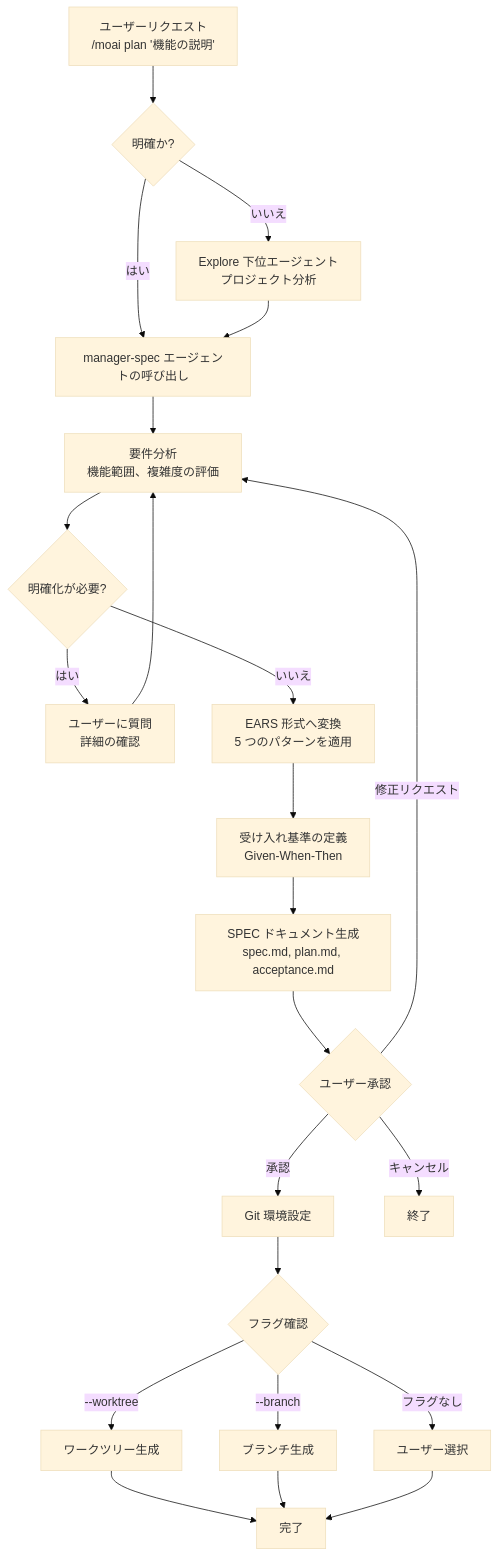
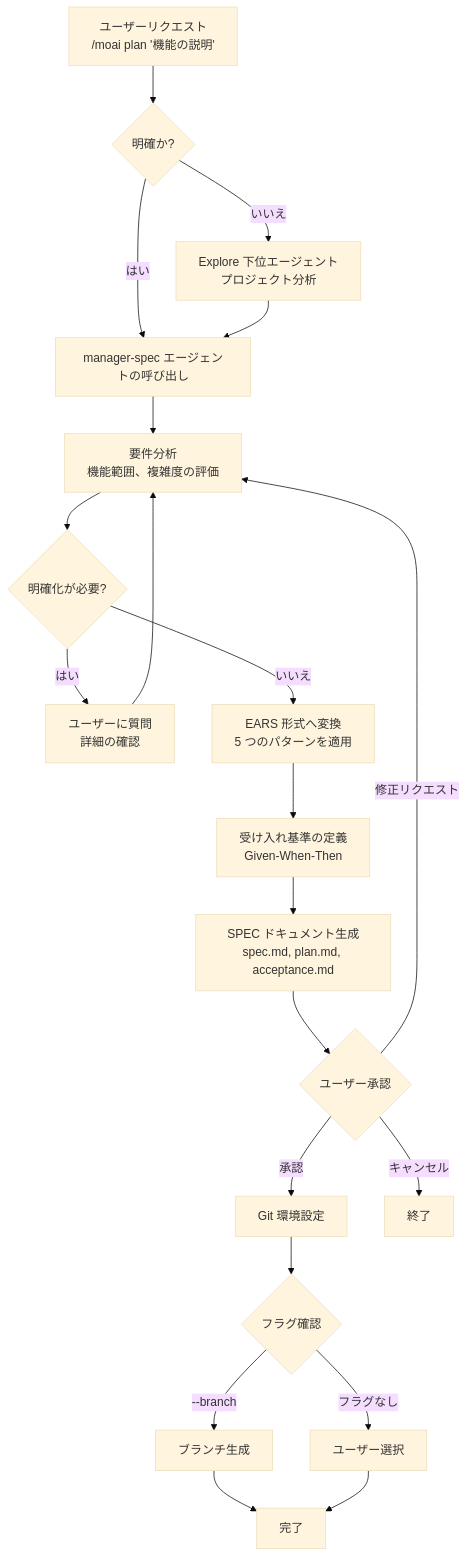
One commit to modu-ai/moai-adk changed the first of 2 diagrams in docs-site/content/ja/workflow-commands/moai-plan.md. Above: the diagram before and after it, drawn with Mermaid (base theme). The commit also changed other lines of this file and 10 other files, not shown here.

````diff
--- a/docs-site/content/ja/workflow-commands/moai-plan.md
+++ b/docs-site/content/ja/workflow-commands/moai-plan.md
@@ -117,25 +115,23 @@
 ```mermaid
 flowchart TD
     A["ユーザーリクエスト<br/>/moai plan '機能の説明'"] --> B{明確か?}
     B -->|いいえ| C["Explore 下位エージェント<br/>プロジェクト分析"]
     B -->|はい| D["manager-spec エージェントの呼び出し"]
     C --> D
     D --> E["要件分析<br/>機能範囲、複雑度の評価"]
     E --> F{"明確化が必要?"}
     F -->|はい| G["ユーザーに質問<br/>詳細の確認"]
     G --> E
     F -->|いいえ| H["EARS 形式へ変換<br/>5 つのパターンを適用"]
     H --> I["受け入れ基準の定義<br/>Given-When-Then"]
     I --> J["SPEC ドキュメント生成<br/>spec.md, plan.md, acceptance.md"]
     J --> K{"ユーザー承認"}
     K -->|承認| L["Git 環境設定"]
     K -->|修正リクエスト| E
     K -->|キャンセル| M["終了"]
     L --> N{"フラグ確認"}
-    N -->|--worktree| O["ワークツリー生成"]
     N -->|--branch| P["ブランチ生成"]
     N -->|フラグなし| Q["ユーザー選択"]
-    O --> R["完了"]
-    P --> R
+    P --> R["完了"]
     Q --> R
 ```
````
